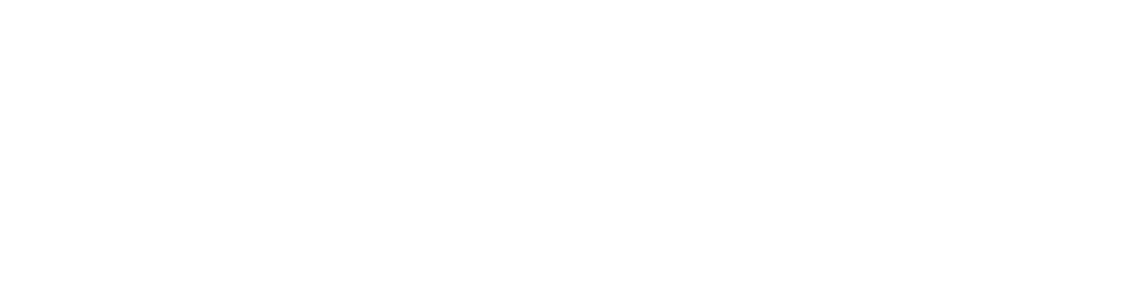
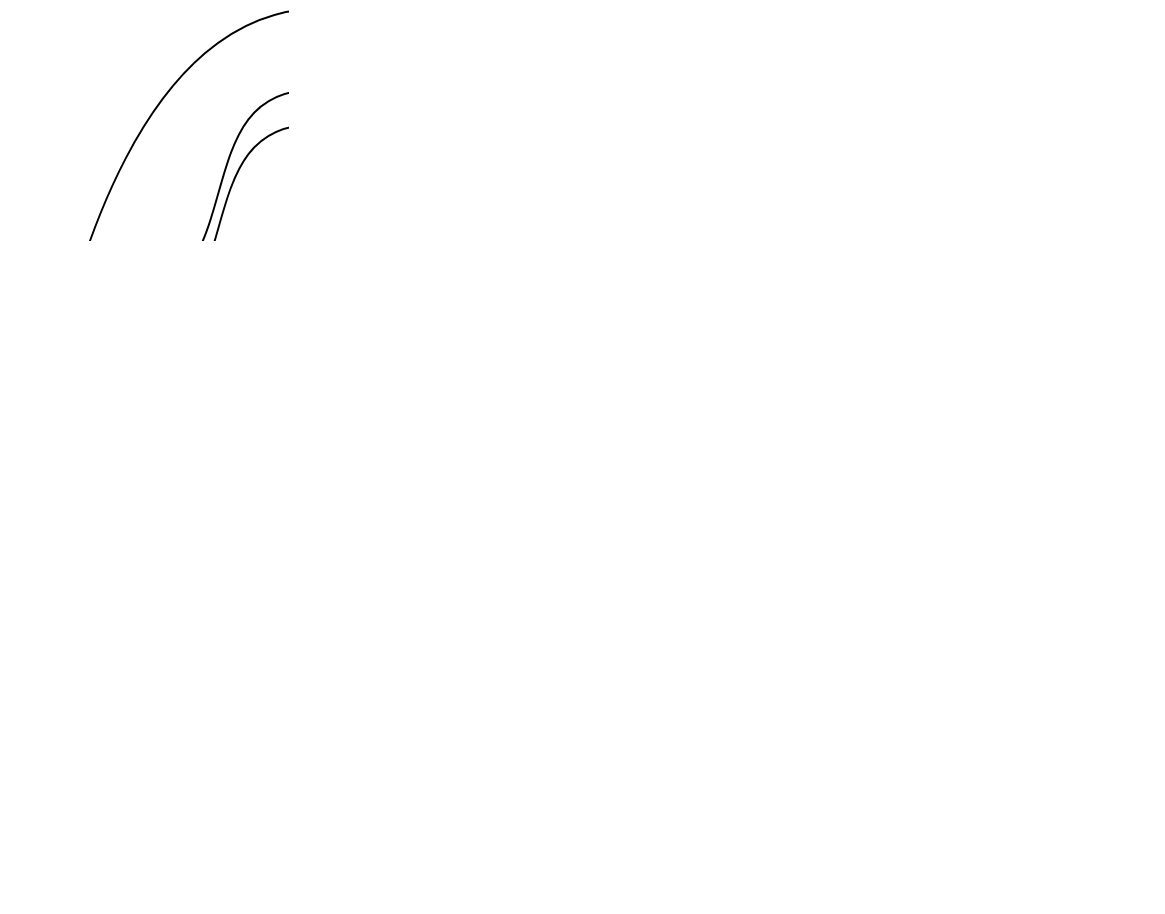
Before and after one commit to mickey-is-codin/data-structures: the diagram in graphs-networks/c-networks/graphviz/list_graph.dot, drawn with Graphviz. The commit also changed 5 other files, not shown here.

```diff
--- a/graphs-networks/c-networks/graphviz/list_graph.dot
+++ b/graphs-networks/c-networks/graphviz/list_graph.dot
@@ -1,16 +1,52 @@
 graph unix {
 	graph [ dpi = 300 ];
+	node [shape=circle];
 	size="6,6";
 	rankdir="LR";
 
-	"Node 0" -- "Node 4"
-	"Node 0" -- "Node 3"
-	"Node 1" -- "Node 0"
-	"Node 2" -- "Node 3"
-	"Node 3" -- "Node 1"
-	"Node 3" -- "Node 2"
-	"Node 3" -- "Node 4"
-	"Node 3" -- "Node 2"
-	"Node 4" -- "Node 2"
-	"Node 4" -- "Node 3"
+	"0" -- "7"
+	"0" -- "6"
+	"0" -- "1"
+	"0" -- "7"
+	"0" -- "7"
+	"0" -- "7"
+	"0" -- "5"
+	"0" -- "9"
+	"0" -- "1"
+	"0" -- "7"
+	"0" -- "9"
+	"1" -- "2"
+	"1" -- "9"
+	"1" -- "8"
+	"1" -- "2"
+	"1" -- "3"
+	"2" -- "3"
+	"2" -- "7"
+	"2" -- "5"
+	"2" -- "4"
+	"3" -- "2"
+	"3" -- "5"
+	"3" -- "8"
+	"4" -- "5"
+	"4" -- "6"
+	"4" -- "6"
+	"5" -- "9"
+	"5" -- "0"
+	"5" -- "6"
+	"5" -- "3"
+	"5" -- "4"
+	"5" -- "7"
+	"5" -- "3"
+	"6" -- "7"
+	"6" -- "2"
+	"7" -- "4"
+	"7" -- "9"
+	"7" -- "9"
+	"7" -- "1"
+	"8" -- "4"
+	"8" -- "2"
+	"8" -- "2"
+	"9" -- "4"
+	"9" -- "2"
+	"9" -- "2"
 }
```
